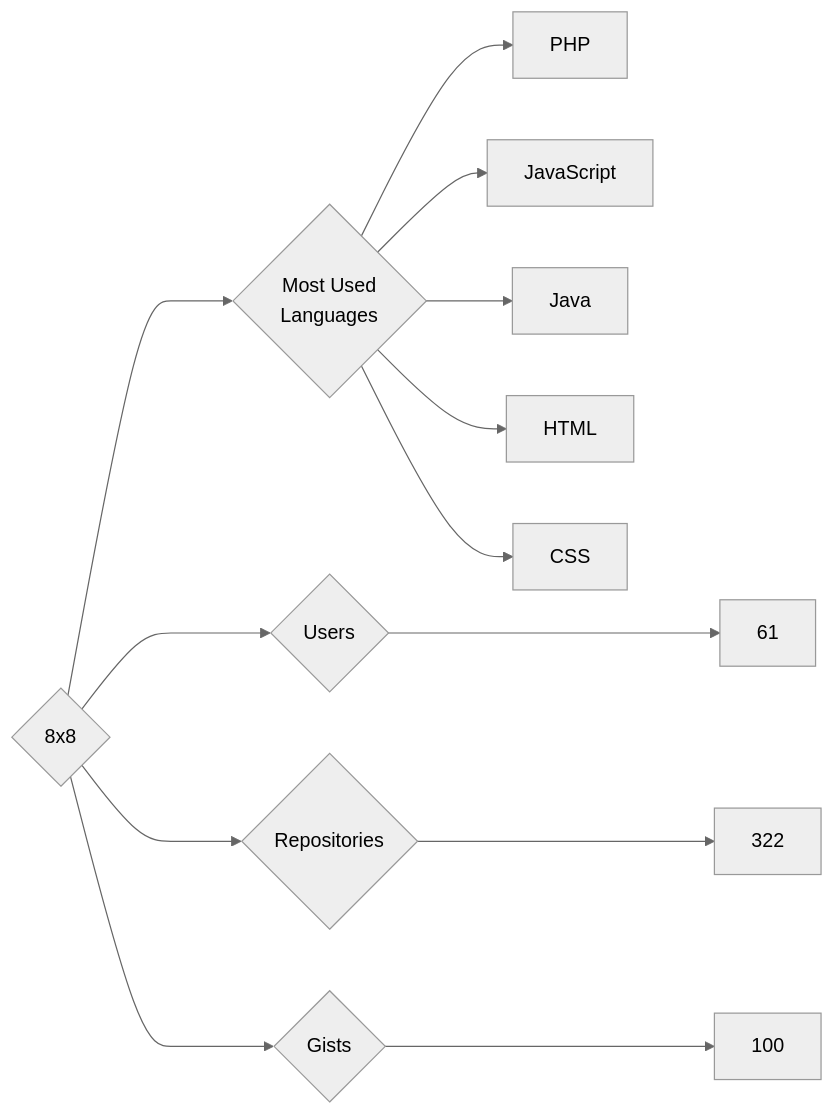
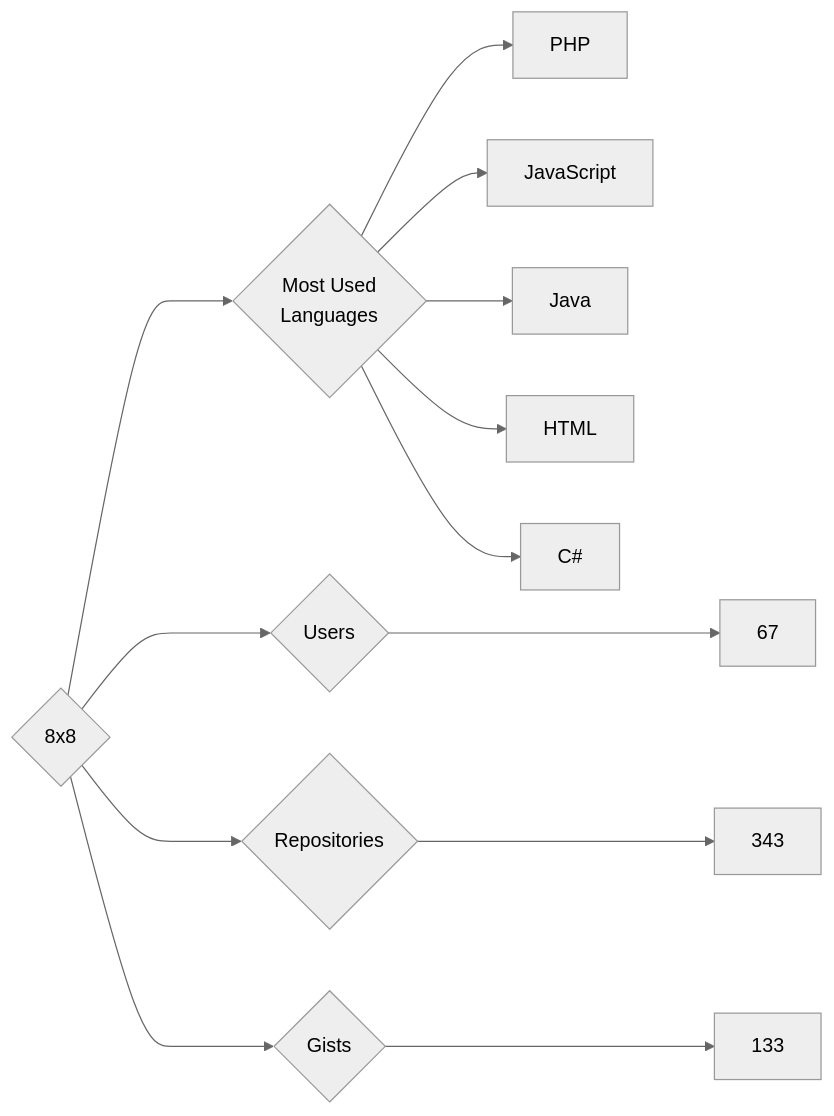
Before and after one commit to trickest/insiders: the diagram in targets/8x8/README.md, drawn with Mermaid (neutral theme). The commit also changed 721 other files, not shown here.

````diff
--- a/targets/8x8/README.md
+++ b/targets/8x8/README.md
@@ -3,13 +3,13 @@
 ```mermaid
 graph LR
 COMPANY_NAME{8x8}
-COMPANY_NAME ---> U{Users} ---> UN[61]
-COMPANY_NAME ---> R{Repositories} ---> RN[322]
-COMPANY_NAME ---> G{Gists} ---> GN[100]
+COMPANY_NAME ---> U{Users} ---> UN[67]
+COMPANY_NAME ---> R{Repositories} ---> RN[343]
+COMPANY_NAME ---> G{Gists} ---> GN[133]
 COMPANY_NAME ---> ML{Most Used<br>Languages}
 ML --> PHP[PHP]
 ML --> JavaScript[JavaScript]
 ML --> Java[Java]
 ML --> HTML[HTML]
-ML --> CSS[CSS]
+ML --> C#[C#]
 ```
````
